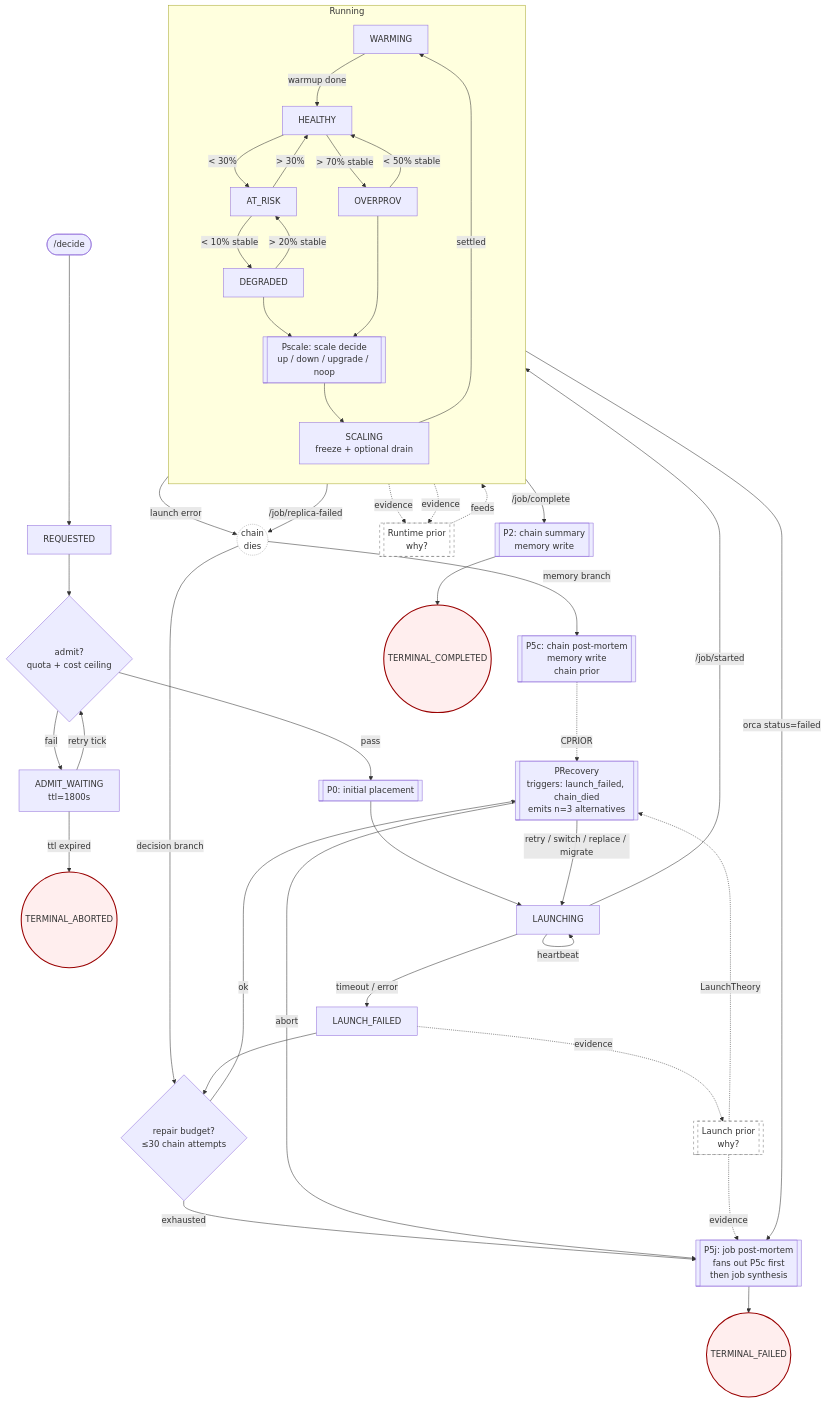
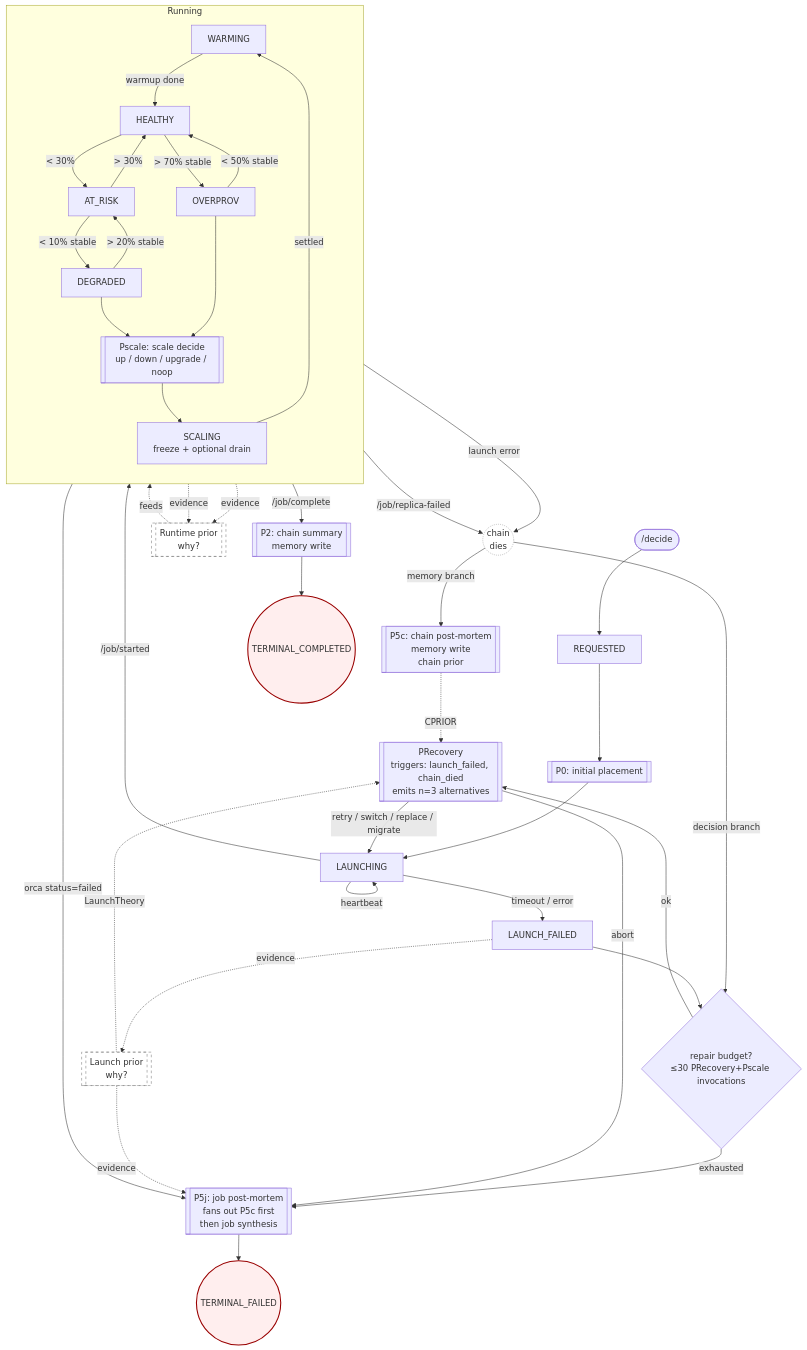
The diagram in ARCHITECTURE-HARNESS.md (Tandemn-Labs/tandemn-intelligence), drawn with Mermaid before and after one commit. The commit also changed other lines of this file, not shown here.

First line of the commit message:
[architecture] tighten harness contract: two-stage LLM, per-chain launch, no fallbacks

````diff
--- a/ARCHITECTURE-HARNESS.md
+++ b/ARCHITECTURE-HARNESS.md
@@ -96,63 +110,59 @@
 ```mermaid
 flowchart TD
-    %% ───── Admission ─────
+    %% ───── Entry ─────
     START([/decide]) --> REQ[REQUESTED]
-    REQ --> G_ADMIT{admit?<br/>quota + cost ceiling}
-    G_ADMIT -->|fail| WAIT[ADMIT_WAITING<br/>ttl=1800s]
-    WAIT -->|retry tick| G_ADMIT
-    WAIT -->|ttl expired| ABORTED((TERMINAL_ABORTED))
-    G_ADMIT -->|pass| P0[[P0: initial placement]]
+    REQ --> P0[[P0: initial placement]]
     P0 --> LAUNCHING[LAUNCHING]
     %% ───── Launch ─────
     LAUNCHING -->|heartbeat| LAUNCHING
     LAUNCHING -->|/job/started| WARMING
     LAUNCHING -->|timeout / error| LFAIL[LAUNCH_FAILED]
     %% ───── Running band ─────
     subgraph Running [Running]
         direction TB
         WARMING -->|warmup done| HEALTHY
         HEALTHY -->|< 30%| AT_RISK
         AT_RISK -->|> 30%| HEALTHY
         AT_RISK -->|< 10% stable| DEGRADED
         DEGRADED -->|> 20% stable| AT_RISK
         HEALTHY -->|> 70% stable| OVERPROV
         OVERPROV -->|< 50% stable| HEALTHY
         DEGRADED --> Pscale[[Pscale: scale decide<br/>up / down / upgrade / noop]]
         OVERPROV --> Pscale
         Pscale --> SCALING[SCALING<br/>freeze + optional drain]
         SCALING -->|settled| WARMING
     end
     %% ───── Chain-death fork: memory + decision in parallel ─────
     Running -->|/job/replica-failed| CDIED((chain<br/>dies))
     SCALING -->|launch error| CDIED
     CDIED -->|memory branch| P5c[[P5c: chain post-mortem<br/>memory write<br/>chain prior]]
     CDIED -->|decision branch| G_REPAIR
     %% ───── Single repair guard + unified recovery loop ─────
-    LFAIL --> G_REPAIR{repair budget?<br/>≤30 chain attempts}
+    LFAIL --> G_REPAIR{repair budget?<br/>≤30 PRecovery+Pscale invocations}
     G_REPAIR -->|ok| PRECOVERY[[PRecovery<br/>triggers: launch_failed, chain_died<br/>emits n=3 alternatives]]
     G_REPAIR -->|exhausted| P5j
     PRECOVERY -->|retry / switch / replace / migrate| LAUNCHING
     PRECOVERY -->|abort| P5j
     %% ───── Priors (evidence, not states) ─────
     LFAIL -. evidence .-> LaunchTheory[[Launch prior<br/>why?]]
     DEGRADED -. evidence .-> RuntimeTheory[[Runtime prior<br/>why?]]
     OVERPROV -. evidence .-> RuntimeTheory
     RuntimeTheory -. feeds .-> Pscale
     LaunchTheory -. LaunchTheory .-> PRECOVERY
     P5c -. CPRIOR .-> PRECOVERY
     LaunchTheory -. evidence .-> P5j
     %% ───── Success path ─────
     Running -->|/job/complete| P2[[P2: chain summary<br/>memory write]]
     P2 --> COMPLETED((TERMINAL_COMPLETED))
     %% ───── Job-level post-mortem ─────
     Running -->|orca status=failed| P5j
     P5j[[P5j: job post-mortem<br/>fans out P5c first<br/>then job synthesis]]
     P5j --> FAILED((TERMINAL_FAILED))
     %% ───── Styling ─────
     classDef evidence fill:#fff,stroke:#777,stroke-dasharray:5 5;
     class LaunchTheory,RuntimeTheory evidence;
     classDef terminal fill:#fee,stroke:#900,stroke-width:2px;
-    class ABORTED,COMPLETED,FAILED terminal;
+    class COMPLETED,FAILED terminal;
     classDef fork fill:#fff,stroke:#999,stroke-dasharray:2 2;
     class CDIED fork;
 ```
````
